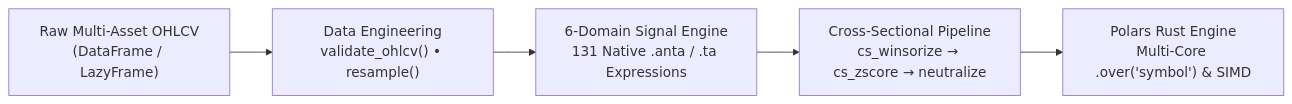
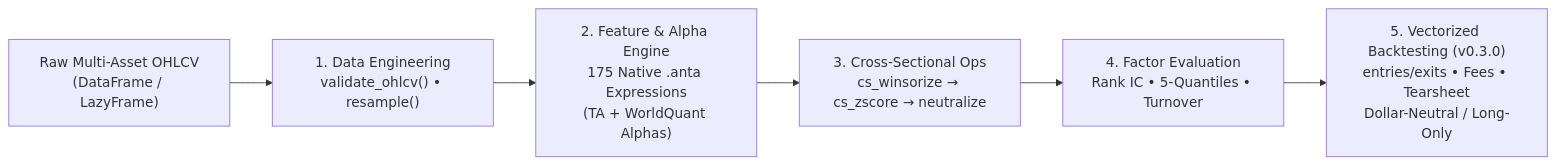
Before and after one commit to huuan26/polars-anta: the diagram in README.md, drawn with Mermaid. The commit also changed other lines of this file, not shown here.

Commit message:
docs(readme): update Architecture & Execution Pipeline with v0.3.0 backtest and factor evaluation

````diff
--- a/README.md
+++ b/README.md
@@ -53,7 +53,8 @@
 ```mermaid
 flowchart LR
-    A["Raw Multi-Asset OHLCV<br/>(DataFrame / LazyFrame)"] --> B["Data Engineering<br/>validate_ohlcv() • resample()"]
-    B --> C["6-Domain Signal Engine<br/>131 Native .anta / .ta Expressions"]
-    C --> D["Cross-Sectional Pipeline<br/>cs_winsorize → cs_zscore → neutralize"]
-    D --> E["Polars Rust Engine<br/>Multi-Core .over('symbol') & SIMD"]
+    A["Raw Multi-Asset OHLCV<br/>(DataFrame / LazyFrame)"] --> B["1. Data Engineering<br/>validate_ohlcv() • resample()"]
+    B --> C["2. Feature & Alpha Engine<br/>175 Native .anta Expressions<br/>(TA + WorldQuant Alphas)"]
+    C --> D["3. Cross-Sectional Ops<br/>cs_winsorize → cs_zscore → neutralize"]
+    D --> E["4. Factor Evaluation<br/>Rank IC • 5-Quantiles • Turnover"]
+    E --> F["5. Vectorized Backtesting (v0.3.0)<br/>entries/exits • Fees • Tearsheet<br/>Dollar-Neutral / Long-Only"]
 ```
````
